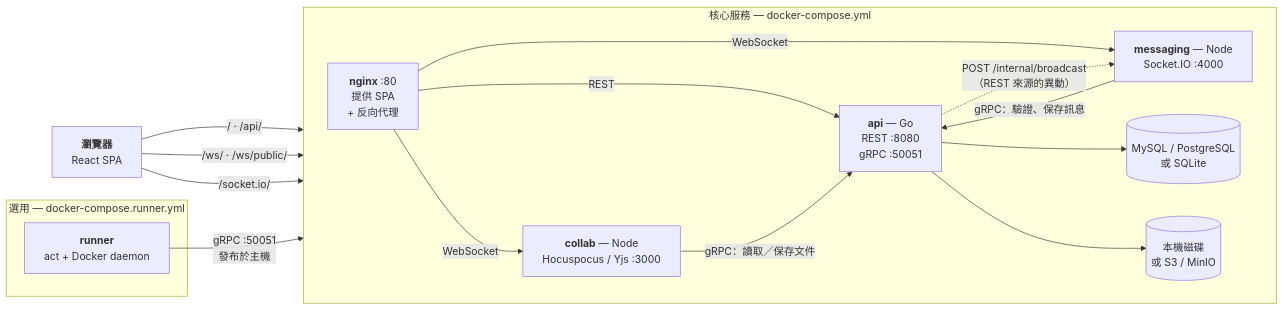
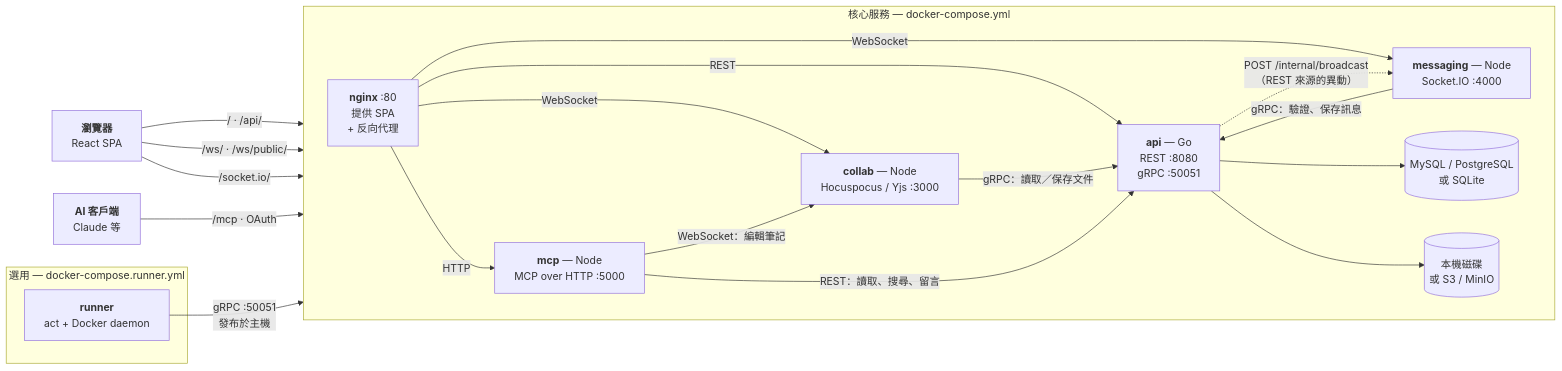
One commit to notomate/notomate changed the diagram in README.zh-TW.md. Above: the diagram before and after it, drawn with Mermaid. The commit also changed other lines of this file and 1 other file, not shown here.

First line of the commit message:
docs: add mcp to the README architecture and a zh-TW MCP section

````diff
--- a/README.zh-TW.md
+++ b/README.zh-TW.md
@@ -47,35 +56,41 @@
 ```mermaid
 flowchart LR
     browser["<b>瀏覽器</b><br/>React SPA"]
+    aiclient["<b>AI 客戶端</b><br/>Claude 等"]
 
     subgraph core["核心服務 — docker-compose.yml"]
         direction LR
         nginx["<b>nginx</b> :80<br/>提供 SPA<br/>+ 反向代理"]
         api["<b>api</b> — Go<br/>REST :8080<br/>gRPC :50051"]
         collab["<b>collab</b> — Node<br/>Hocuspocus / Yjs :3000"]
         messaging["<b>messaging</b> — Node<br/>Socket.IO :4000"]
+        mcp["<b>mcp</b> — Node<br/>MCP over HTTP :5000"]
         db[("MySQL / PostgreSQL<br/>或 SQLite")]
         store[("本機磁碟<br/>或 S3 / MinIO")]
     end
 
     subgraph runnerstack["選用 — docker-compose.runner.yml"]
         runner["<b>runner</b><br/>act + Docker daemon"]
     end
 
     browser -->|"/ · /api/"| nginx
     browser -->|"/ws/ · /ws/public/"| nginx
     browser -->|"/socket.io/"| nginx
+    aiclient -->|"/mcp · OAuth"| nginx
 
     nginx -->|"REST"| api
     nginx -->|"WebSocket"| collab
     nginx -->|"WebSocket"| messaging
+    nginx -->|"HTTP"| mcp
 
     collab -->|"gRPC：讀取／保存文件"| api
     messaging -->|"gRPC：驗證、保存訊息"| api
+    mcp -->|"REST：讀取、搜尋、留言"| api
+    mcp -->|"WebSocket：編輯筆記"| collab
     api -.->|"POST /internal/broadcast<br/>（REST 來源的異動）"| messaging
 
     api --> db
     api --> store
 
     runner -->|"gRPC :50051<br/>發布於主機"| api
 ```
````
